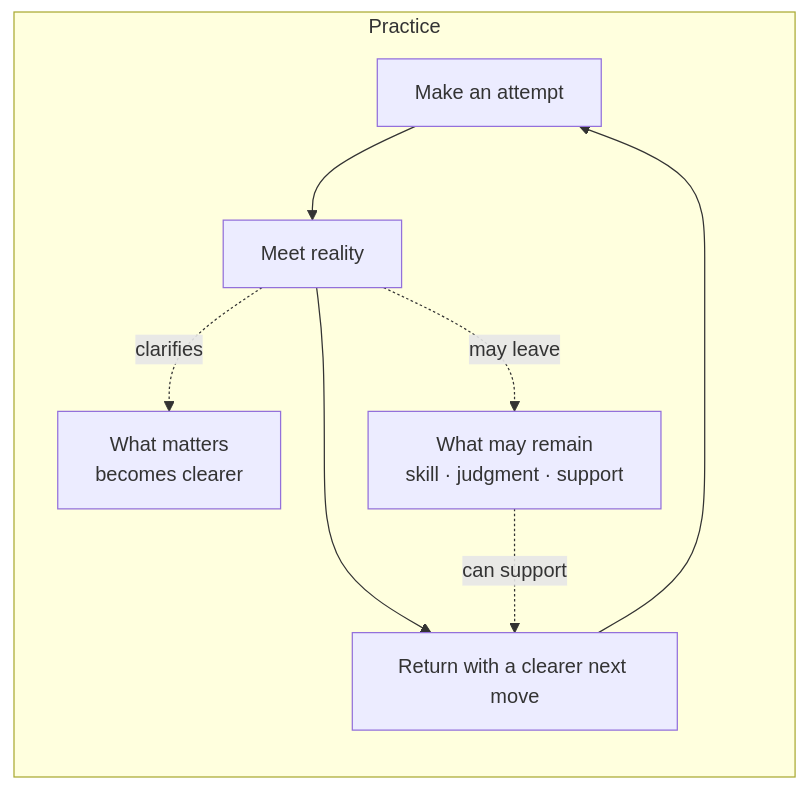
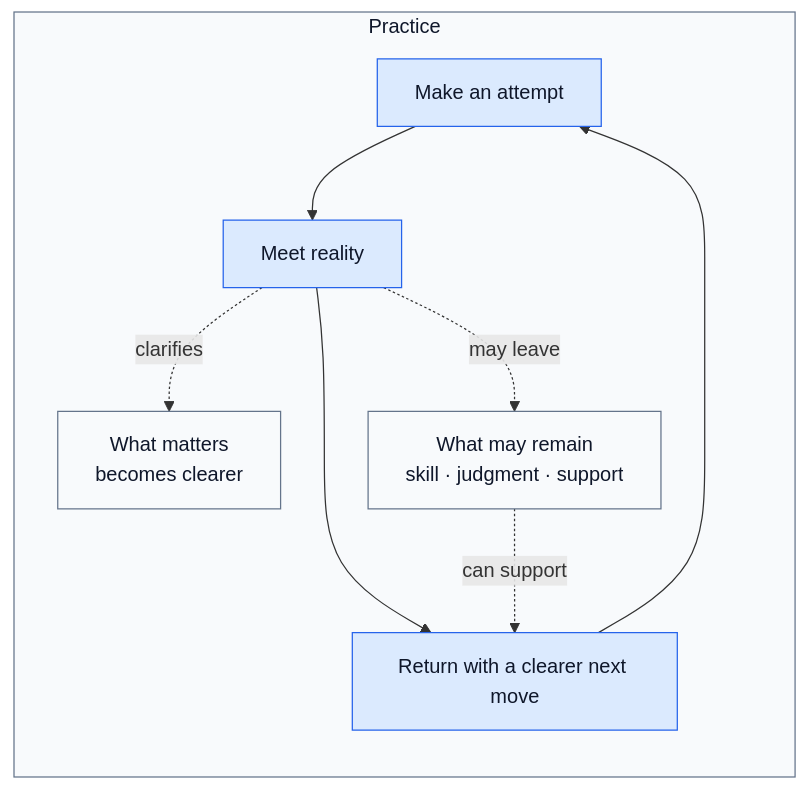
One commit to i9wa4/i9wa4.github.io changed the diagram in en/blog/2026-07-30-iteration-clarifies-what-matters.qmd. Above: the diagram before and after it, drawn with Mermaid. The commit also changed 2 other files, not shown here.

Commit message:
docs(blog): add Japanese iteration essay (#208)

````diff
--- a/en/blog/2026-07-30-iteration-clarifies-what-matters.qmd
+++ b/en/blog/2026-07-30-iteration-clarifies-what-matters.qmd
@@ -45,20 +45,26 @@
 ```{mermaid}
 flowchart TD
     subgraph practice ["Practice"]
         direction TB
 
         attempt["Make an attempt"]
         reality["Meet reality"]
         return["Return with a clearer next move"]
         remains["What may remain<br/>skill · judgment · support"]
         matters["What matters<br/>becomes clearer"]
 
         attempt --> reality
         reality --> return
         return --> attempt
     end
 
     reality -. "clarifies" .-> matters
     reality -. "may leave" .-> remains
     remains -. "can support" .-> return
+
+    class attempt,reality,return action
+    class remains,matters outcome
+    classDef action fill:#dbeafe,stroke:#2563eb,color:#0f172a
+    classDef outcome fill:#f8fafc,stroke:#64748b,color:#0f172a
+    style practice fill:#f8fafc,stroke:#64748b,color:#0f172a
 ```
````
